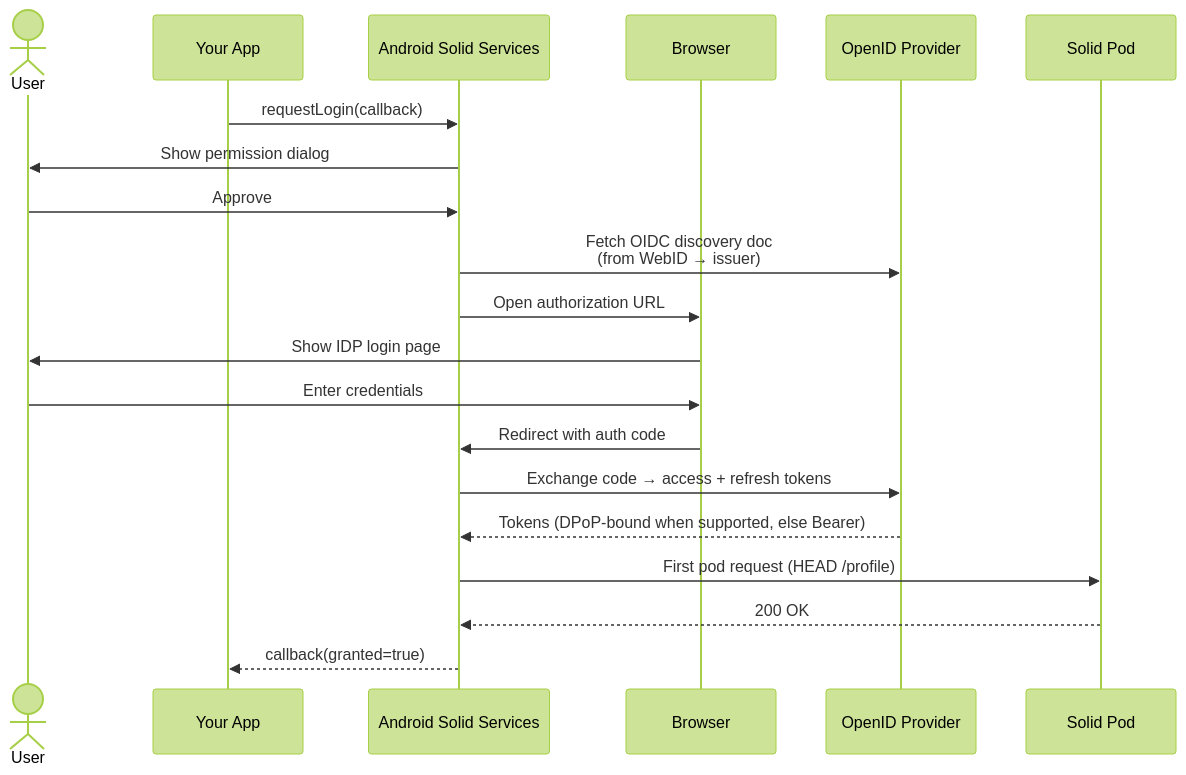
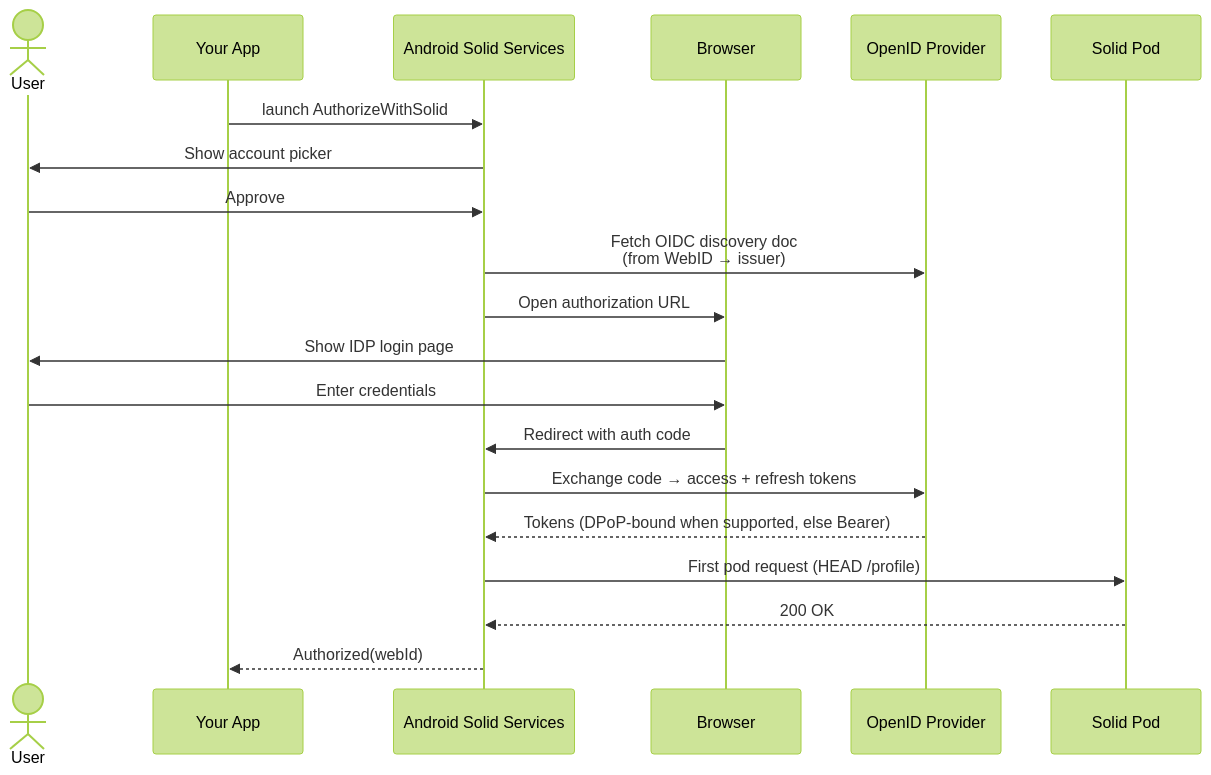
Before and after one commit to erfangholami/Android-Solid-Services: the second of 7 diagrams in docs/concepts.md, drawn with Mermaid (forest theme). The commit also changed other lines of this file and 4 other files, not shown here.

Commit message:
Document the permission removals and stop teaching requestLogin

````diff
--- a/docs/concepts.md
+++ b/docs/concepts.md
@@ -36,23 +36,23 @@
 ```mermaid
 sequenceDiagram
     actor User
     participant App as Your App
     participant ASS as Android Solid Services
     participant Browser
     participant IDP as OpenID Provider
     participant Pod as Solid Pod
 
-    App->>ASS: requestLogin(callback)
-    ASS->>User: Show permission dialog
+    App->>ASS: launch AuthorizeWithSolid
+    ASS->>User: Show account picker
     User->>ASS: Approve
     ASS->>IDP: Fetch OIDC discovery doc<br/>(from WebID → issuer)
     ASS->>Browser: Open authorization URL
     Browser->>User: Show IDP login page
     User->>Browser: Enter credentials
     Browser->>ASS: Redirect with auth code
     ASS->>IDP: Exchange code → access + refresh tokens
     IDP-->>ASS: Tokens (DPoP-bound when supported, else Bearer)
     ASS->>Pod: First pod request (HEAD /profile)
     Pod-->>ASS: 200 OK
-    ASS-->>App: callback(granted=true)
+    ASS-->>App: Authorized(webId)
 ```
````
